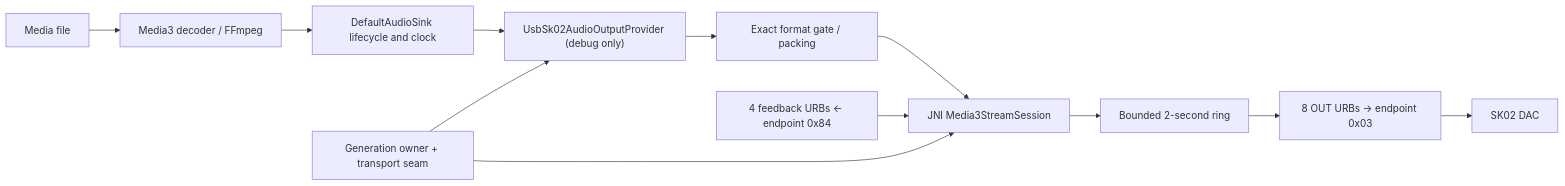
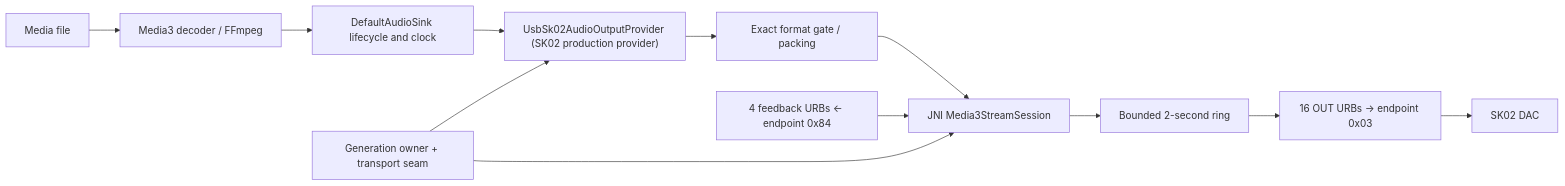
One commit to lecoix/mica-music changed the diagram in docs/USB_EXCLUSIVE_AUDIO_STATUS.md. Above: the diagram before and after it, drawn with Mermaid. The commit also changed other lines of this file and 54 other files, not shown here.

````diff
--- a/docs/USB_EXCLUSIVE_AUDIO_STATUS.md
+++ b/docs/USB_EXCLUSIVE_AUDIO_STATUS.md
@@ -109,14 +109,14 @@
 ```mermaid
 flowchart LR
     A["Media file"] --> B["Media3 decoder / FFmpeg"]
     B --> C["DefaultAudioSink lifecycle and clock"]
-    C --> D["UsbSk02AudioOutputProvider (debug only)"]
+    C --> D["UsbSk02AudioOutputProvider (SK02 production provider)"]
     D --> E["Exact format gate / packing"]
     E --> F["JNI Media3StreamSession"]
     F --> G["Bounded 2-second ring"]
-    G --> H["8 OUT URBs -> endpoint 0x03"]
+    G --> H["16 OUT URBs -> endpoint 0x03"]
     I["4 feedback URBs <- endpoint 0x84"] --> F
     H --> J["SK02 DAC"]
     K["Generation owner + transport seam"] --> D
     K --> F
 ```
````
